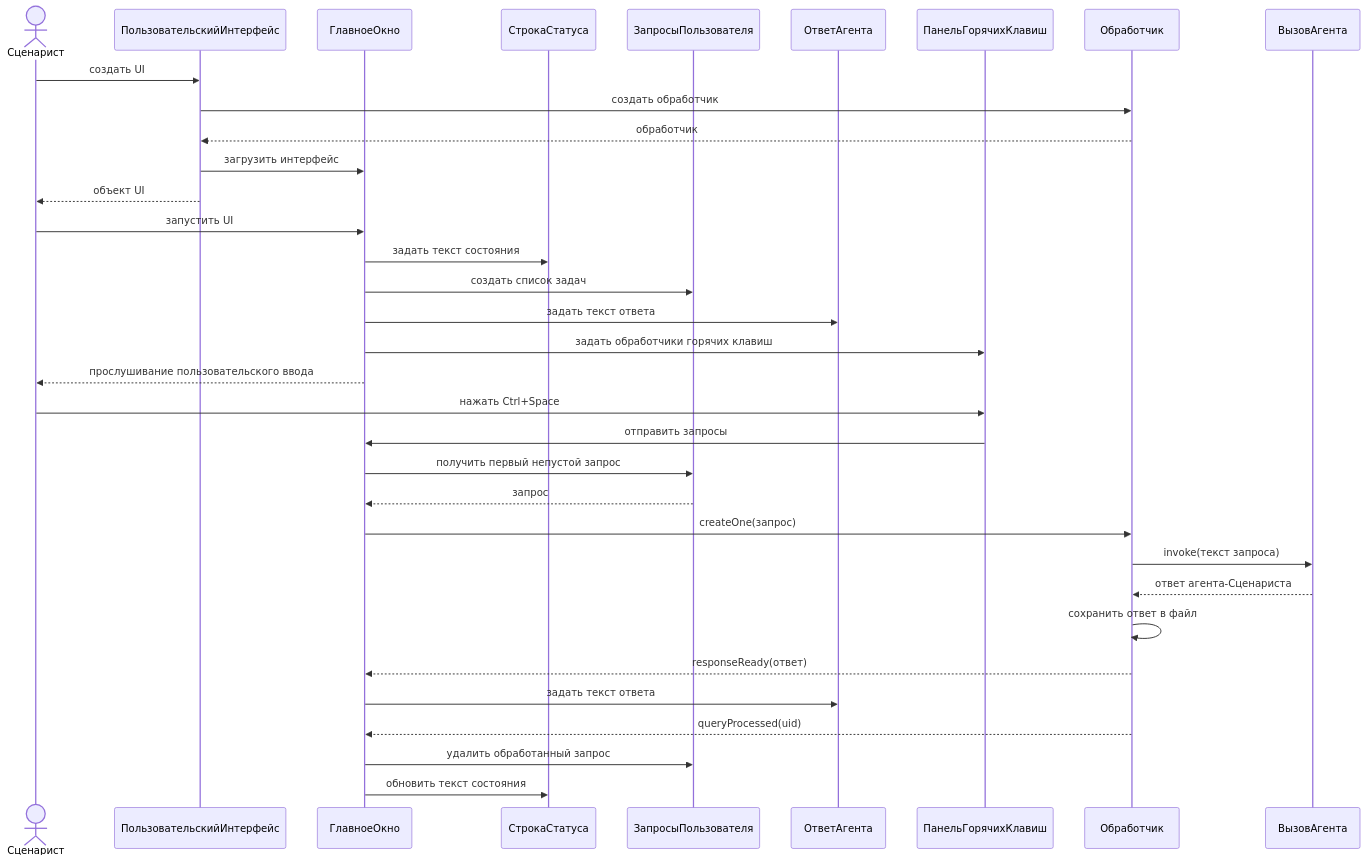
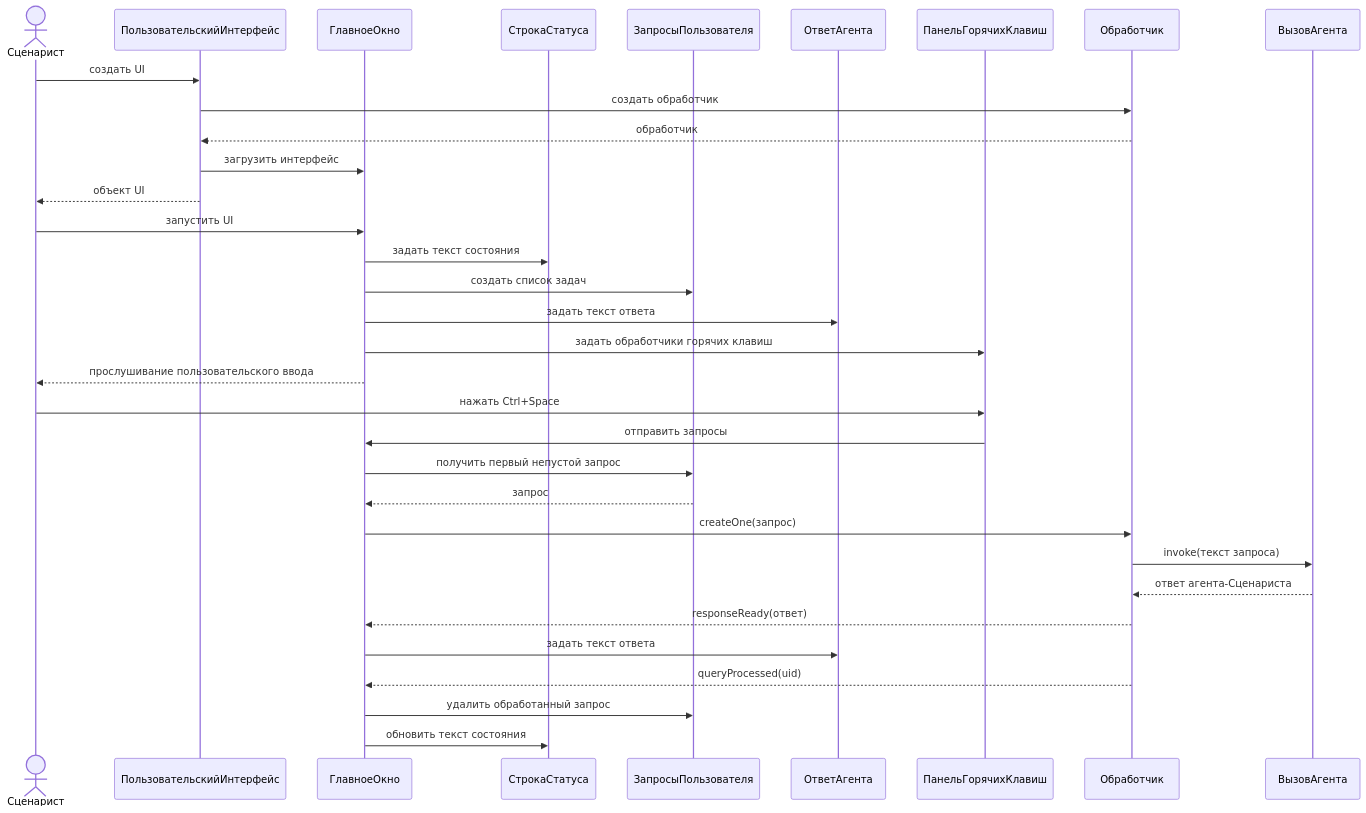
One commit to CHSU-scenarAIst/diagrammy changed the first of 3 diagrams in Пакет Интерфейс пользователя/2. Диаграмма последовательностей взаимодействия объектов классов пакета.md. Above: the diagram before and after it, drawn with Mermaid. The commit also changed other lines of this file and 18 other files, not shown here.

````diff
--- a/Пакет Интерфейс пользователя/2. Диаграмма последовательностей взаимодействия объектов классов пакета.md
+++ b/Пакет Интерфейс пользователя/2. Диаграмма последовательностей взаимодействия объектов классов пакета.md
@@ -16,39 +14,38 @@
 ```mermaid
 sequenceDiagram
     actor Сценарист
     participant ПользовательскийИнтерфейс
     participant ГлавноеОкно
     participant СтрокаСтатуса
     participant ЗапросыПользователя
     participant ОтветАгента
     participant ПанельГорячихКлавиш
     participant Обработчик
     participant ВызовАгента
 
     Сценарист->>ПользовательскийИнтерфейс: создать UI
 	ПользовательскийИнтерфейс->>Обработчик: создать обработчик
 	Обработчик-->>ПользовательскийИнтерфейс: обработчик
 	ПользовательскийИнтерфейс->>ГлавноеОкно: загрузить интерфейс
 	ПользовательскийИнтерфейс-->>Сценарист: объект UI
     Сценарист->>ГлавноеОкно: запустить UI
 
     ГлавноеОкно->>СтрокаСтатуса: задать текст состояния
     ГлавноеОкно->>ЗапросыПользователя: создать список задач
     ГлавноеОкно->>ОтветАгента: задать текст ответа
     ГлавноеОкно->>ПанельГорячихКлавиш: задать обработчики горячих клавиш
     ГлавноеОкно-->>Сценарист: прослушивание пользовательского ввода
 
     Сценарист->>ПанельГорячихКлавиш: нажать Ctrl+Space
     ПанельГорячихКлавиш->>ГлавноеОкно: отправить запросы
     ГлавноеОкно->>ЗапросыПользователя: получить первый непустой запрос
     ЗапросыПользователя-->>ГлавноеОкно: запрос
     ГлавноеОкно->>Обработчик: createOne(запрос)
     Обработчик->>ВызовАгента: invoke(текст запроса)
     ВызовАгента-->>Обработчик: ответ агента-Сценариста
-    Обработчик->>Обработчик: сохранить ответ в файл
     Обработчик-->>ГлавноеОкно: responseReady(ответ)
     ГлавноеОкно->>ОтветАгента: задать текст ответа
     Обработчик-->>ГлавноеОкно: queryProcessed(uid)
     ГлавноеОкно->>ЗапросыПользователя: удалить обработанный запрос
     ГлавноеОкно->>СтрокаСтатуса: обновить текст состояния
 ```
````
